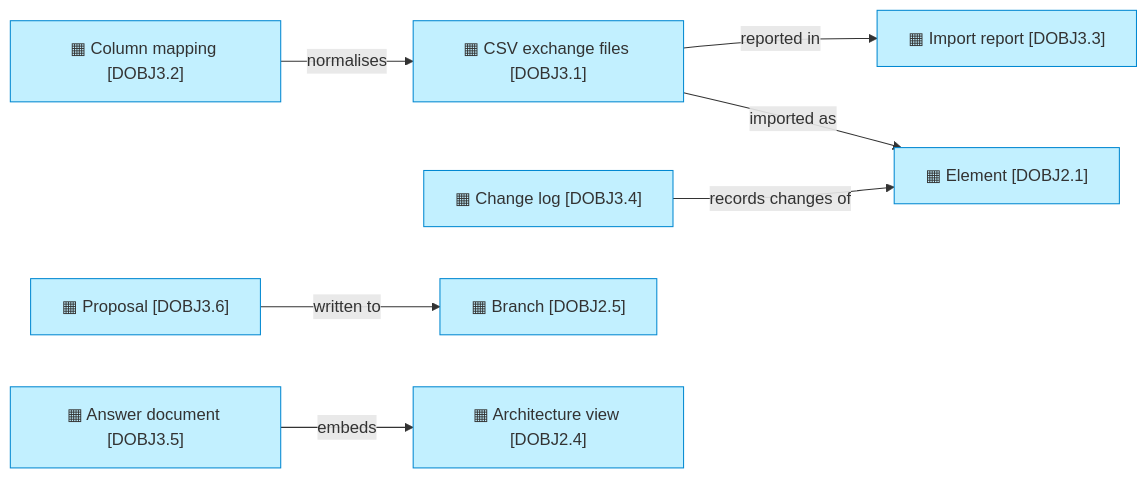
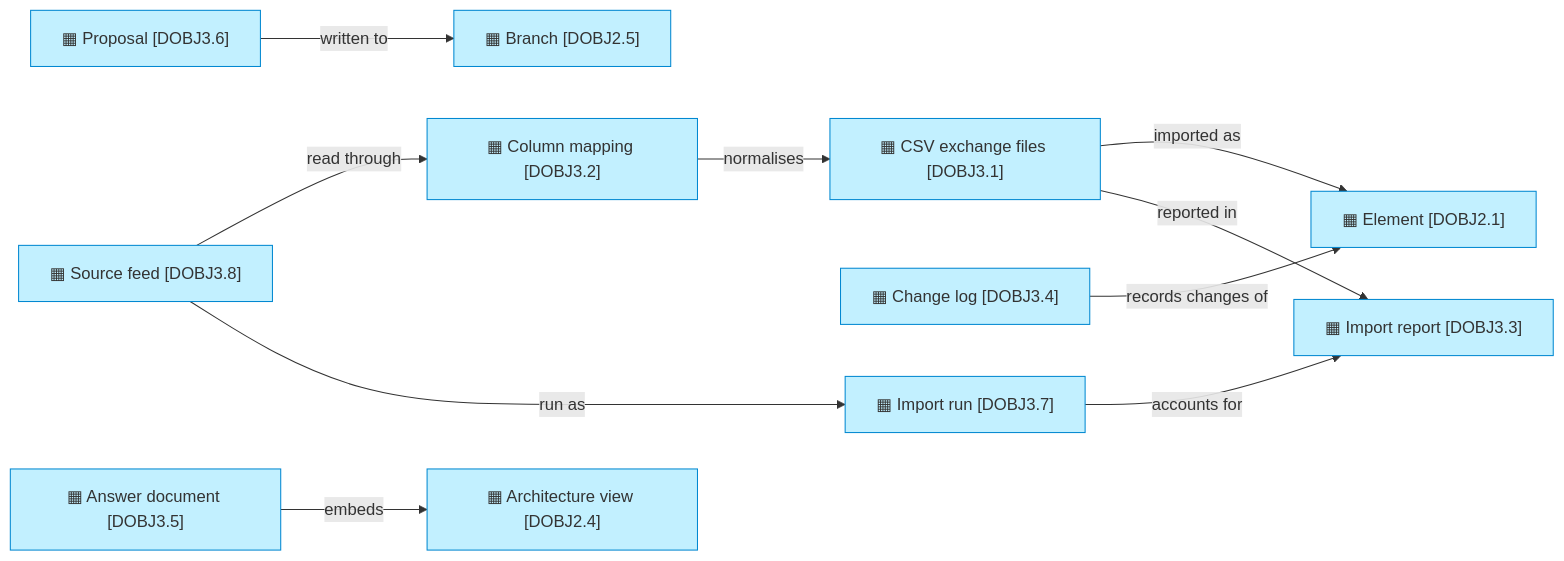
The fourth of 4 diagrams in architecture/3_information/1_data-objects.md (roanboc/dbx-enterprise-architecture), drawn with Mermaid before and after one commit. The commit also changed other lines of this file and 22 other files, not shown here.

````diff
--- a/architecture/3_information/1_data-objects.md
+++ b/architecture/3_information/1_data-objects.md
@@ -119,20 +120,25 @@
 ```mermaid
 flowchart LR
   csv["▦ CSV exchange files [DOBJ3.1]"]:::application
   map["▦ Column mapping [DOBJ3.2]"]:::application
   rep["▦ Import report [DOBJ3.3]"]:::application
   log["▦ Change log [DOBJ3.4]"]:::application
   ans["▦ Answer document [DOBJ3.5]"]:::application
   prop["▦ Proposal [DOBJ3.6]"]:::application
+  run["▦ Import run [DOBJ3.7]"]:::application
+  feed["▦ Source feed [DOBJ3.8]"]:::application
   el["▦ Element [DOBJ2.1]"]:::application
   br["▦ Branch [DOBJ2.5]"]:::application
   view["▦ Architecture view [DOBJ2.4]"]:::application
   map -->|normalises| csv
   csv -->|imported as| el
   csv -->|reported in| rep
   log -->|records changes of| el
   ans -->|embeds| view
   prop -->|written to| br
+  feed -->|read through| map
+  run -->|accounts for| rep
+  feed -->|run as| run
 
   classDef application fill:#c2f0ff,stroke:#0288d1,color:#333
 ```
````
